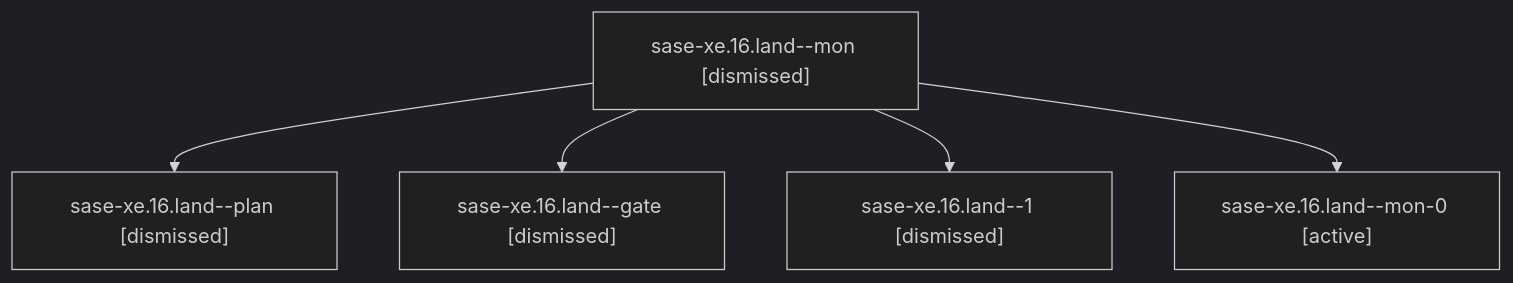
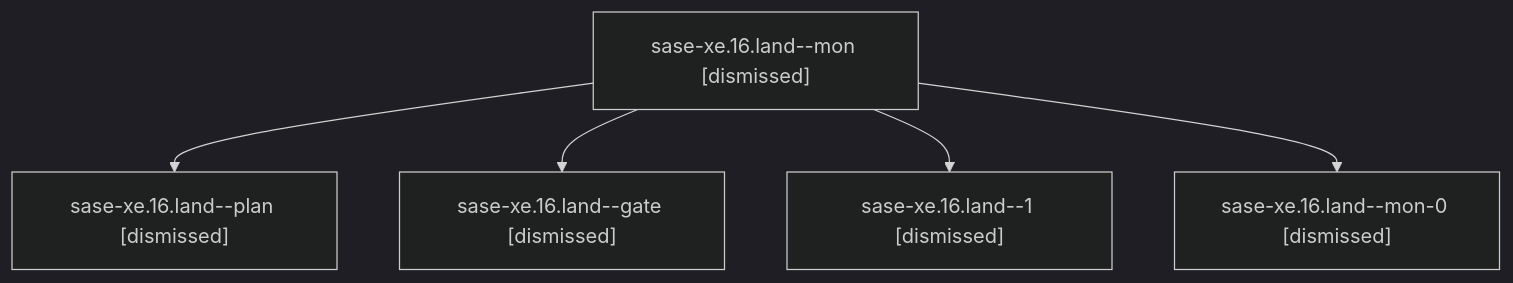
The diagram in sessions/bbugyi200.athena.sase-xe.16.land.md (sase-org/sase--agents), drawn with Mermaid (dark theme) before and after one commit. The commit also changed other lines of this file and 323 other files, not shown here.

````diff
--- a/sessions/bbugyi200.athena.sase-xe.16.land.md
+++ b/sessions/bbugyi200.athena.sase-xe.16.land.md
@@ -9,12 +9,12 @@
 ```mermaid
 flowchart TD
   n0["sase-xe.16.land--mon [dismissed]"]
   n1["sase-xe.16.land--plan [dismissed]"]
   n0 --> n1
   n2["sase-xe.16.land--gate [dismissed]"]
   n0 --> n2
   n3["sase-xe.16.land--1 [dismissed]"]
   n0 --> n3
-  n4["sase-xe.16.land--mon-0 [active]"]
+  n4["sase-xe.16.land--mon-0 [dismissed]"]
   n0 --> n4
 ```
````
